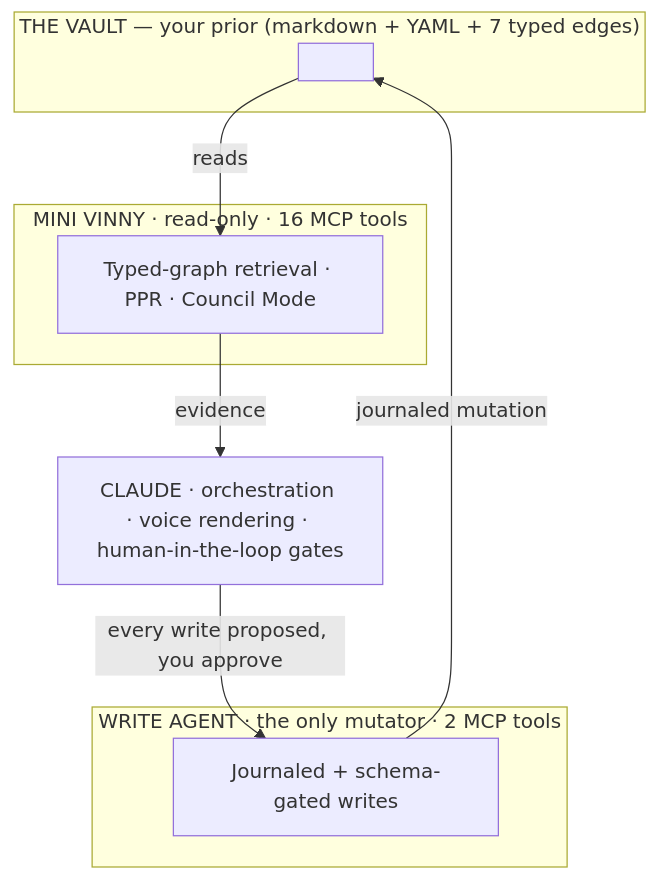
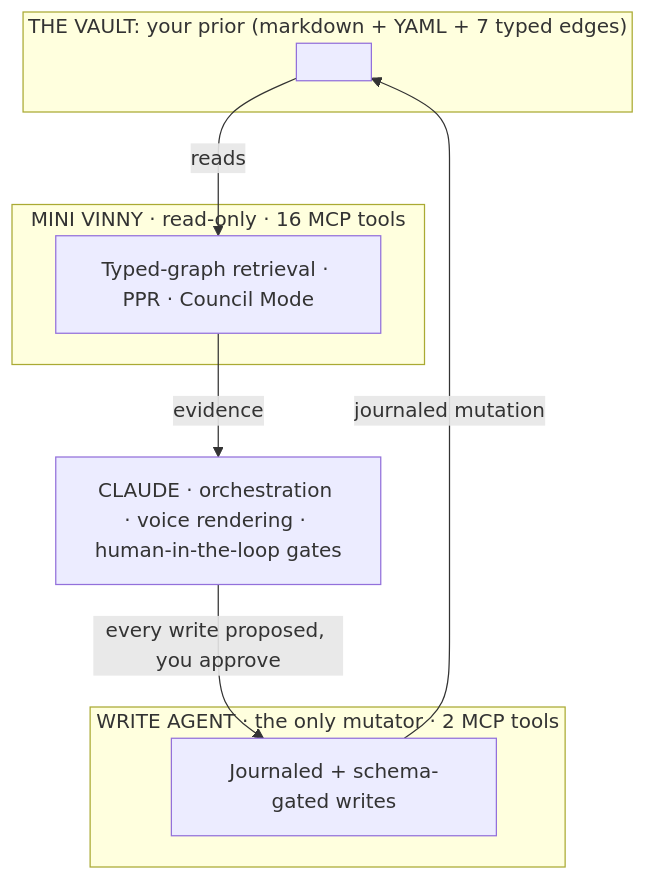
Before and after one commit to vinaldo7-design/KBAI-second-brain: the first of 2 diagrams in README.md, drawn with Mermaid. The commit also changed other lines of this file, not shown here.

````diff
--- a/README.md
+++ b/README.md
@@ -246,17 +243,17 @@
 ```mermaid
 flowchart TB
-  subgraph Substrate["THE VAULT — your prior (markdown + YAML + 7 typed edges)"]
+  subgraph Substrate["THE VAULT: your prior (markdown + YAML + 7 typed edges)"]
     V[" "]
   end
   subgraph MV["MINI VINNY · read-only · 16 MCP tools"]
     R["Typed-graph retrieval · PPR · Council Mode"]
   end
   subgraph WA["WRITE AGENT · the only mutator · 2 MCP tools"]
     W["Journaled + schema-gated writes"]
   end
   C["CLAUDE · orchestration · voice rendering · human-in-the-loop gates"]
   V -->|reads| R
   R -->|evidence| C
   C -->|every write proposed, you approve| W
   W -->|journaled mutation| V
 ```
````
